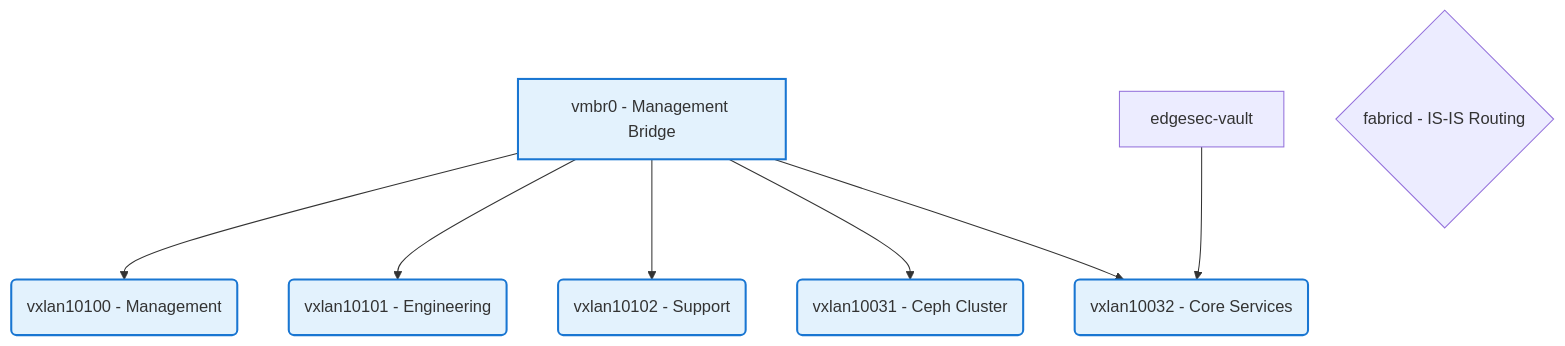
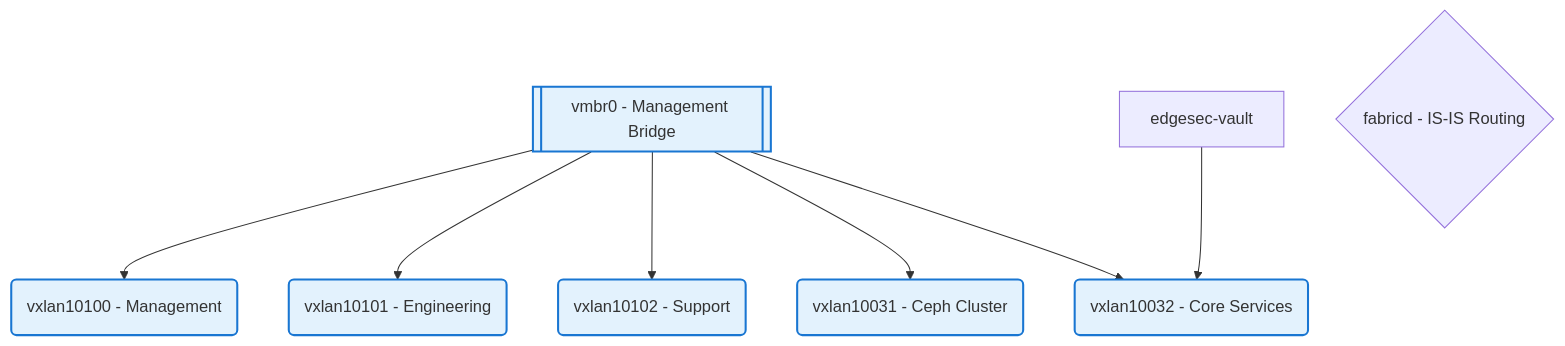
Before and after one commit to CEP-Comwell/proxmox_addons: the second of 4 diagrams in README.md, drawn with Mermaid. The commit also changed other lines of this file and 1 other file, not shown here.

Commit message:
test bridge as subroutine

````diff
--- a/README.md
+++ b/README.md
@@ -81,19 +81,19 @@
 ```mermaid
 graph TD
-MgmtBridge[vmbr0 - Management Bridge]
+MgmtBridge[[vmbr0 - Management Bridge]]
 VX10100(vxlan10100 - Management)
 VX10101(vxlan10101 - Engineering)
 VX10102(vxlan10102 - Support)
 VXCEPH2(vxlan10031 - Ceph Cluster)
 VX10032(vxlan10032 - Core Services)
 VaultVM[edgesec-vault]
 Fabricd{fabricd - IS-IS Routing}
 MgmtBridge --> VX10100
 MgmtBridge --> VX10101
 MgmtBridge --> VX10102
 MgmtBridge --> VXCEPH2
 MgmtBridge --> VX10032
 VaultVM --> VX10032
 classDef mgmt fill:#e3f2fd,stroke:#1976d2,stroke-width:2px;
 class MgmtBridge,VX10100,VX10101,VX10102,VXCEPH2,VX10032 mgmt;
 ```
````
